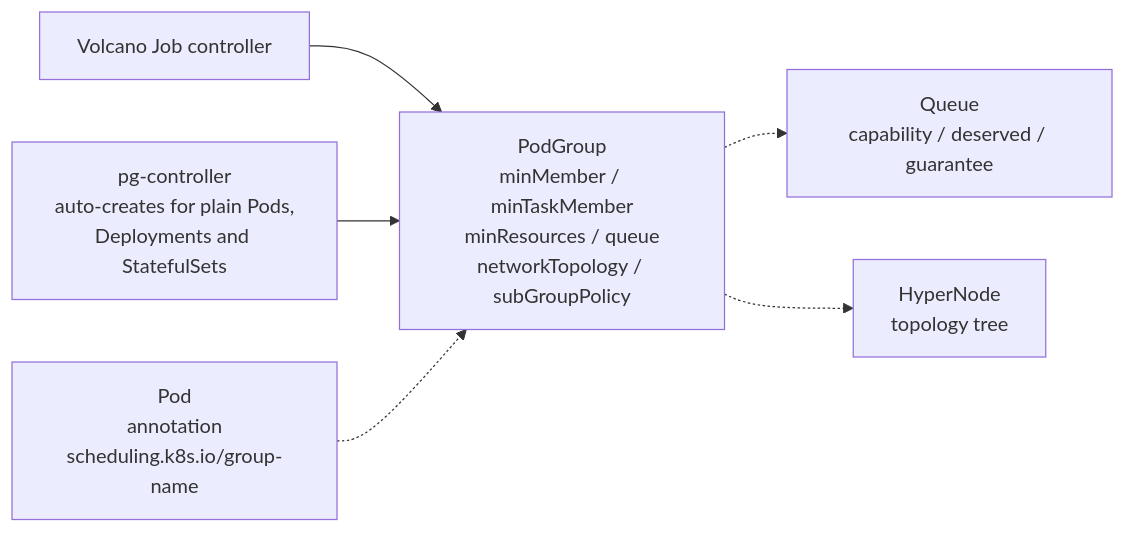
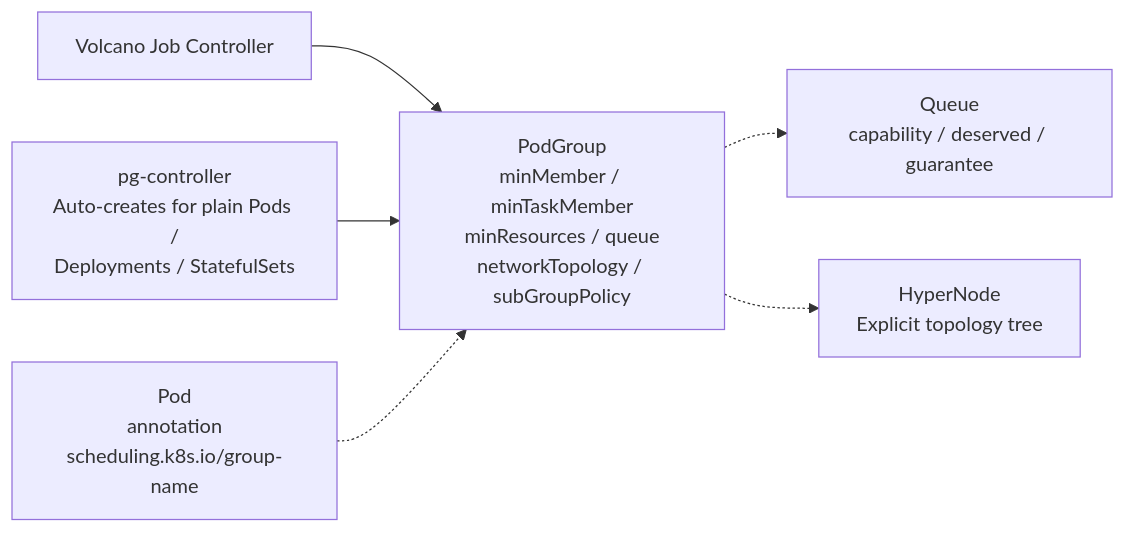
The fifth of 15 diagrams in docs/research/k8s-workload-aware-scheduling-vs-volcano.md (JesseStutler/volcano), drawn with Mermaid before and after one commit. The commit also changed other lines of this file and 1 other file, not shown here.

First line of the commit message:
docs: improve readability of upstream PodGroup vs Volcano report

````diff
--- a/docs/research/k8s-workload-aware-scheduling-vs-volcano.md
+++ b/docs/research/k8s-workload-aware-scheduling-vs-volcano.md
@@ -281,15 +207,15 @@
 ```mermaid
 flowchart LR
-    VJ["Volcano Job controller"]
-    PGC["pg-controller<br/>auto-creates for plain Pods,<br/>Deployments and StatefulSets"]
+    VJ["Volcano Job Controller"]
+    PGC["pg-controller<br/>Auto-creates for plain Pods /<br/>Deployments / StatefulSets"]
     VPod["Pod<br/>annotation<br/>scheduling.k8s.io/group-name"]
     VPG["PodGroup<br/>minMember / minTaskMember<br/>minResources / queue<br/>networkTopology / subGroupPolicy"]
     Qu["Queue<br/>capability / deserved / guarantee"]
-    HN["HyperNode<br/>topology tree"]
+    HN["HyperNode<br/>Explicit topology tree"]
 
     VJ --> VPG
     PGC --> VPG
     VPod -.-> VPG
     VPG -.-> Qu
     VPG -.-> HN
 ```
````
